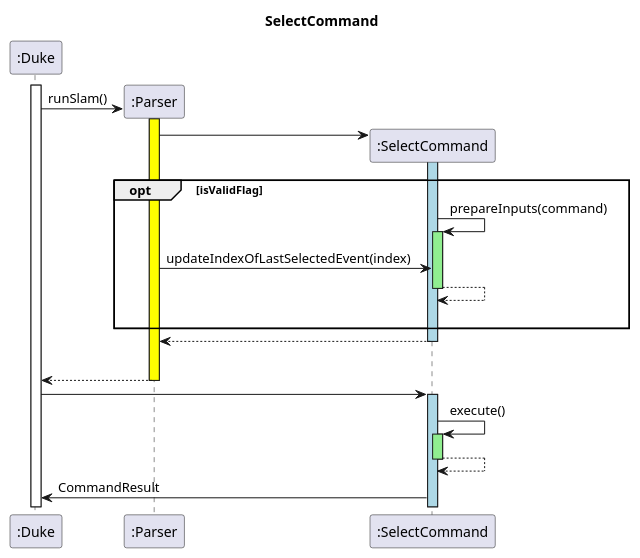
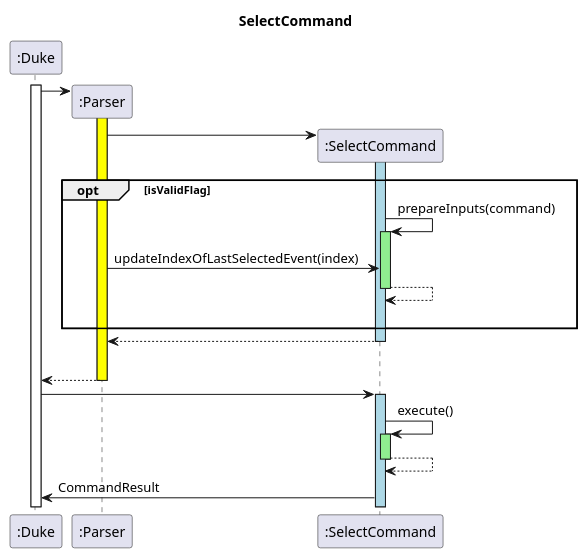
Before and after one commit to nus-cs2113-AY2122S1/tp: the diagram in docs/diagrams/SelectCommand.puml, drawn with PlantUML. The commit also changed 1 other file, not shown here.

Commit message:
update UML diagram

```diff
--- a/docs/diagrams/SelectCommand.puml
+++ b/docs/diagrams/SelectCommand.puml
@@ -1,33 +1,33 @@
 @startuml
 title SelectCommand
 
 participant ":Duke" as Duke
 activate Duke
 
 create ":Parser" as Parser
-Duke -> Parser:runSlam()
+Duke -> Parser
 activate Parser #yellow
 
 create ":SelectCommand" as SelectCommand
 Parser -> SelectCommand
 activate SelectCommand #lightblue
 
 opt isValidFlag
 SelectCommand -> SelectCommand: prepareInputs(command)
 activate SelectCommand #lightgreen
 Parser -> SelectCommand: updateIndexOfLastSelectedEvent(index)
 return
 |||
 end
 return
 |||
 return
 
 Duke -> SelectCommand
 activate SelectCommand #lightblue
 SelectCommand -> SelectCommand: execute()
 activate SelectCommand #lightgreen
 return
 SelectCommand -> Duke: CommandResult
 
 @enduml
```
